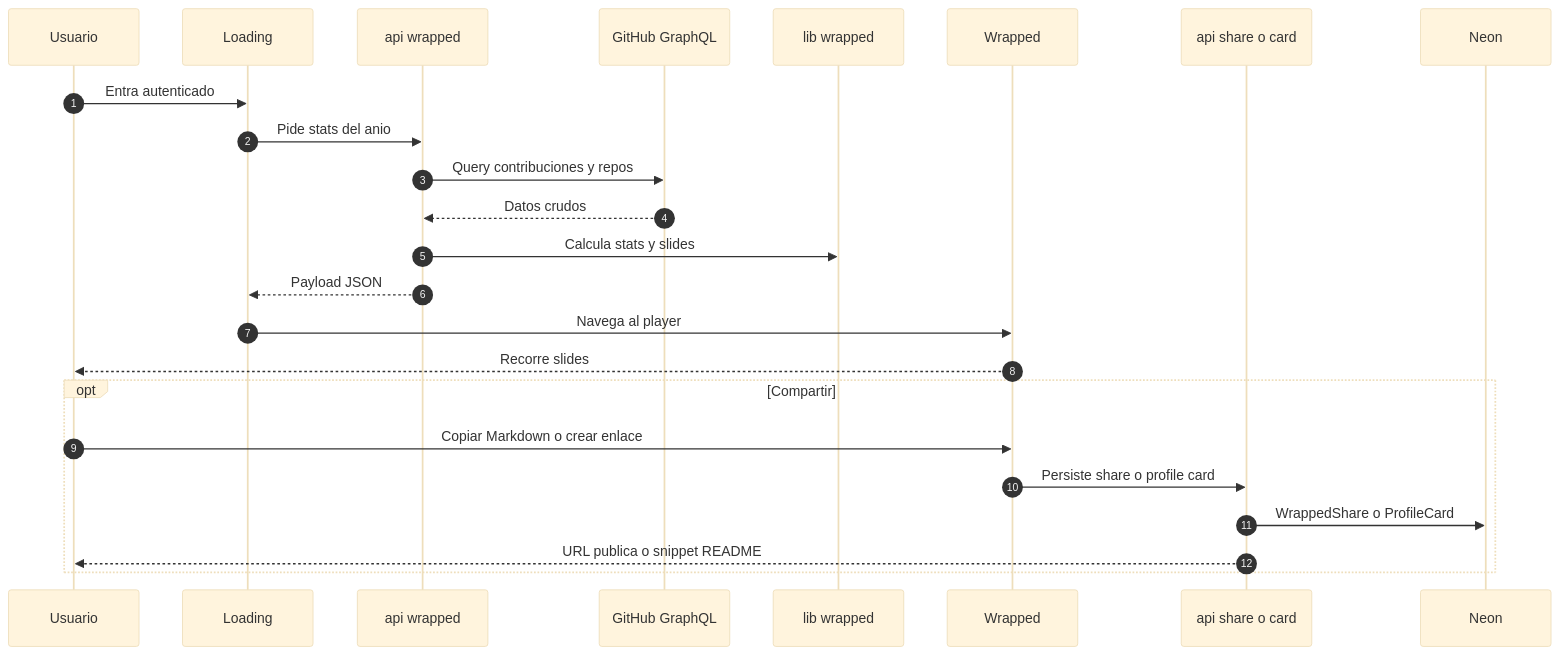
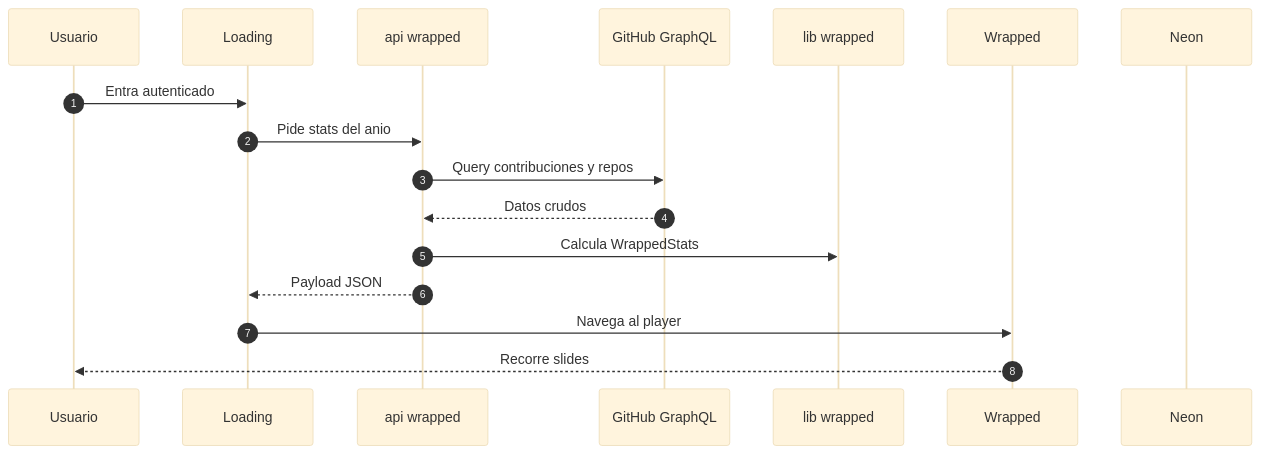
The ninth of 15 diagrams in README.md (Erickpe8/YearOnGit), drawn with Mermaid (base theme) before and after one commit. The commit also changed other lines of this file, not shown here.

````diff
--- a/README.md
+++ b/README.md
@@ -300,27 +405,20 @@
 ```mermaid
 sequenceDiagram
     autonumber
     participant U as Usuario
     participant LD as Loading
     participant API as api wrapped
     participant GH as GitHub GraphQL
     participant LIB as lib wrapped
     participant W as Wrapped
-    participant SH as api share o card
     participant DB as Neon
 
     U->>LD: Entra autenticado
     LD->>API: Pide stats del anio
     API->>GH: Query contribuciones y repos
     GH-->>API: Datos crudos
-    API->>LIB: Calcula stats y slides
+    API->>LIB: Calcula WrappedStats
     API-->>LD: Payload JSON
     LD->>W: Navega al player
     W-->>U: Recorre slides
-    opt Compartir
-        U->>W: Copiar Markdown o crear enlace
-        W->>SH: Persiste share o profile card
-        SH->>DB: WrappedShare o ProfileCard
-        SH-->>U: URL publica o snippet README
-    end
 ```
````
